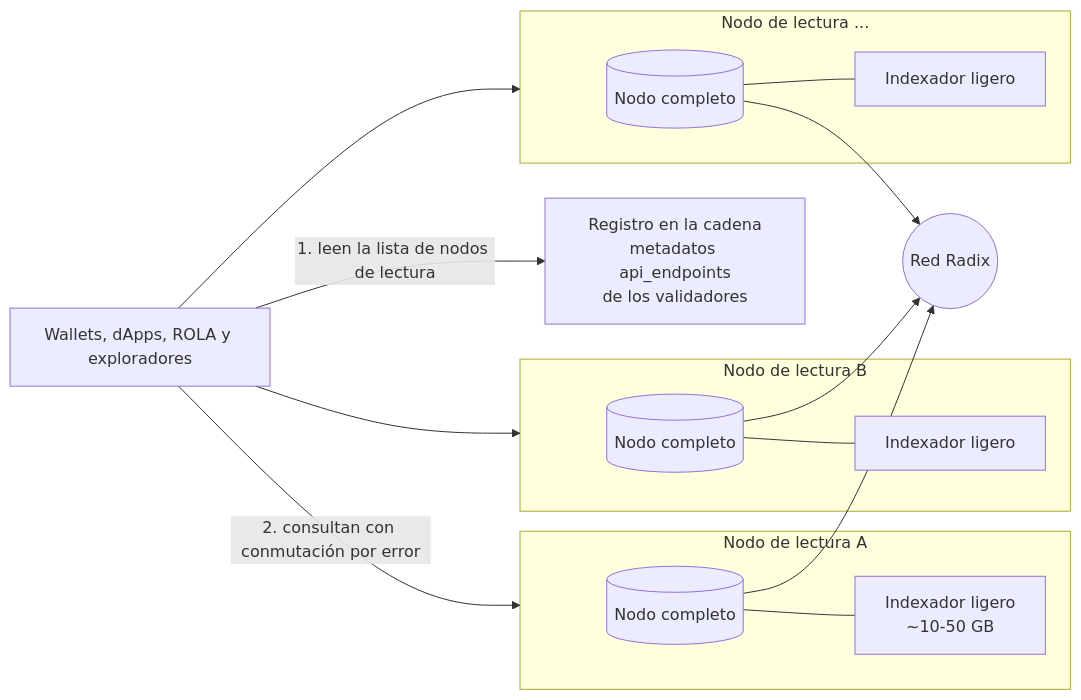
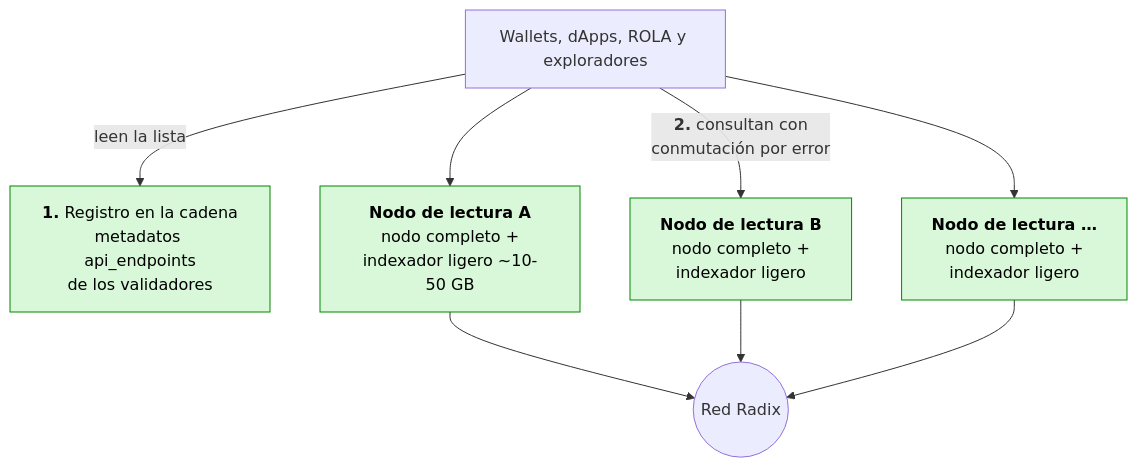
One commit to dazligth/radix-decentralization-roadmap changed the second of 7 diagrams in docs/es/06-solucion-recomendada.md. Above: the diagram before and after it, drawn with Mermaid. The commit also changed other lines of this file and 9 other files, not shown here.

First line of the commit message:
Redesign diagrams for readability on GitHub

````diff
--- a/docs/es/06-solucion-recomendada.md
+++ b/docs/es/06-solucion-recomendada.md
@@ -49,21 +35,18 @@
 ```mermaid
-flowchart LR
+flowchart TB
     C["Wallets, dApps, ROLA y exploradores"]
-    REG["Registro en la cadena<br/>metadatos api_endpoints<br/>de los validadores"]
-    C -- "1. leen la lista de nodos de lectura" --> REG
-    C -- "2. consultan con conmutación por error" --> A
-    C --> B
+    REG["<b>1.</b> Registro en la cadena<br/>metadatos api_endpoints<br/>de los validadores"]
+    A["<b>Nodo de lectura A</b><br/>nodo completo +<br/>indexador ligero ~10-50 GB"]
+    B["<b>Nodo de lectura B</b><br/>nodo completo +<br/>indexador ligero"]
+    Z["<b>Nodo de lectura …</b><br/>nodo completo +<br/>indexador ligero"]
+    R(("Red Radix"))
+    C -->|"leen la lista"| REG
+    C --> A
+    C -->|"<b>2.</b> consultan con<br/>conmutación por error"| B
     C --> Z
-    subgraph A["Nodo de lectura A"]
-        A1[("Nodo completo")] --- A2["Indexador ligero<br/>~10-50 GB"]
-    end
-    subgraph B["Nodo de lectura B"]
-        B1[("Nodo completo")] --- B2["Indexador ligero"]
-    end
-    subgraph Z["Nodo de lectura ..."]
-        Z1[("Nodo completo")] --- Z2["Indexador ligero"]
-    end
-    A1 --> R(("Red Radix"))
-    B1 --> R
-    Z1 --> R
+    A --> R
+    B --> R
+    Z --> R
+    classDef good fill:#d9f7d9,stroke:#080,color:#000
+    class REG,A,B,Z good
 ```
````
